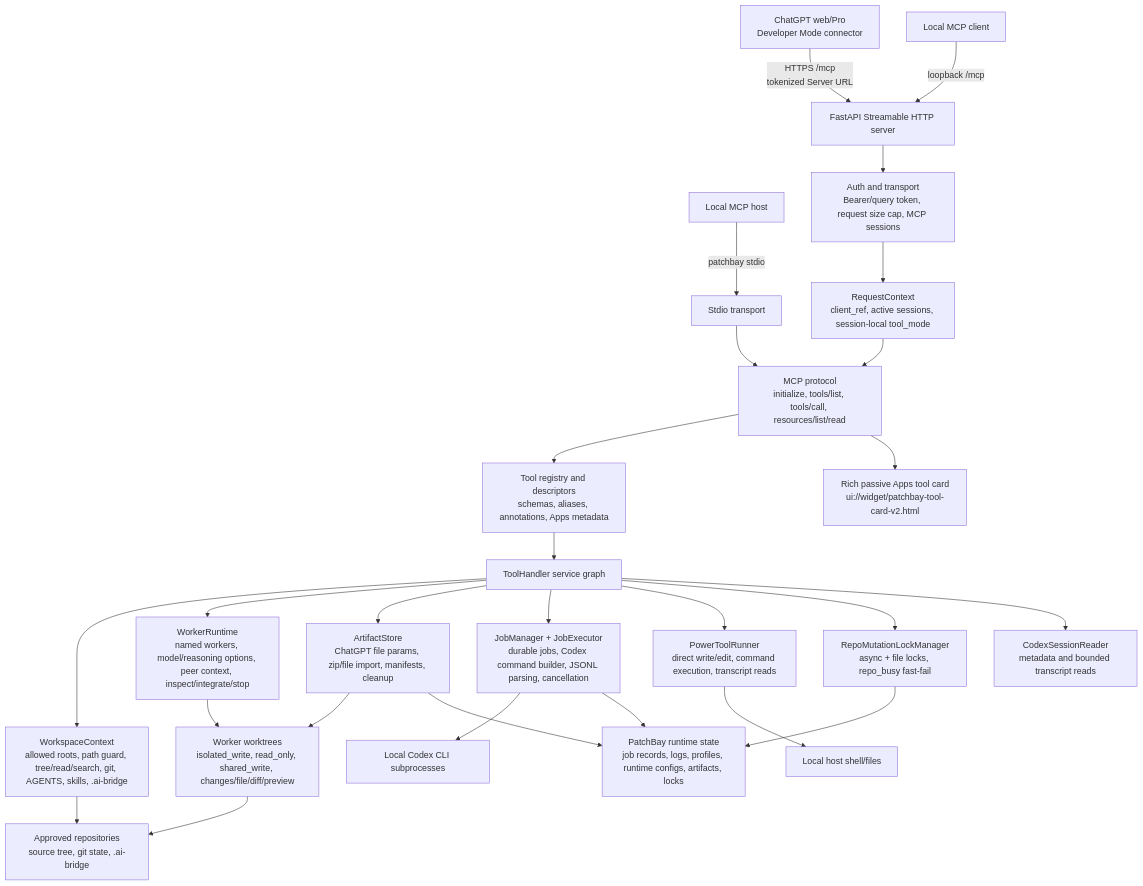
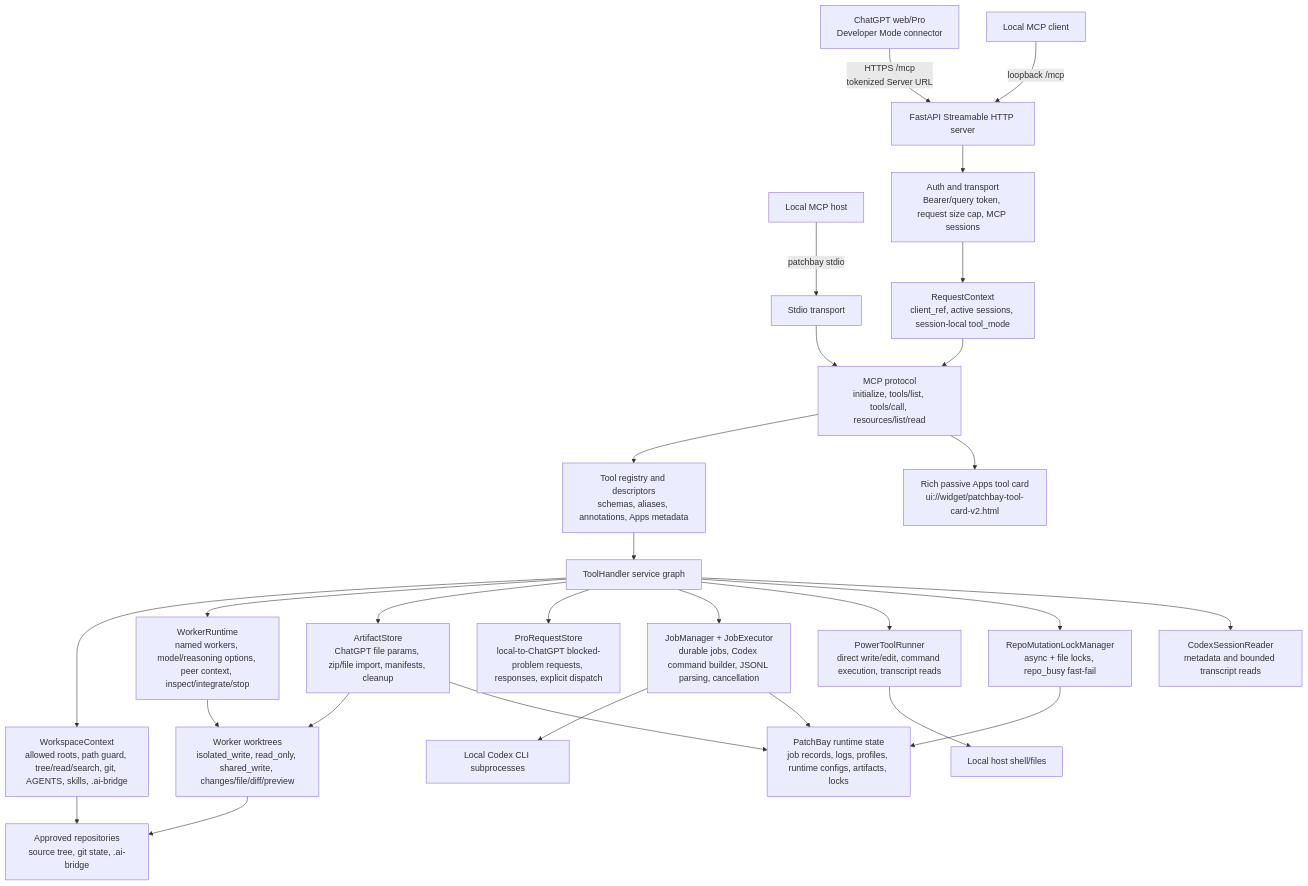
Before and after one commit to velhud/PatchBay: the diagram in docs/architecture/overview.md, drawn with Mermaid. The commit also changed other lines of this file and 44 other files, not shown here.

Commit message:
Stabilize worker orchestration and pro requests

````diff
--- a/docs/architecture/overview.md
+++ b/docs/architecture/overview.md
@@ -39,33 +40,34 @@
 ```mermaid
 flowchart TD
     ChatGPT["ChatGPT web/Pro<br/>Developer Mode connector"] -->|"HTTPS /mcp<br/>tokenized Server URL"| Server["FastAPI Streamable HTTP server"]
     LocalClient["Local MCP client"] -->|"loopback /mcp"| Server
     StdioClient["Local MCP host"] -->|"patchbay stdio"| Stdio["Stdio transport"]
     Stdio --> Protocol
 
     Server --> Auth["Auth and transport<br/>Bearer/query token, request size cap, MCP sessions"]
     Auth --> Context["RequestContext<br/>client_ref, active sessions, session-local tool_mode"]
     Context --> Protocol["MCP protocol<br/>initialize, tools/list, tools/call, resources/list/read"]
     Protocol --> Registry["Tool registry and descriptors<br/>schemas, aliases, annotations, Apps metadata"]
     Protocol --> Card["Rich passive Apps tool card<br/>ui://widget/patchbay-tool-card-v2.html"]
 
     Registry --> Handler["ToolHandler service graph"]
     Handler --> Workspace["WorkspaceContext<br/>allowed roots, path guard, tree/read/search, git, AGENTS, skills, .ai-bridge"]
     Handler --> Workers["WorkerRuntime<br/>named workers, model/reasoning options, peer context, inspect/integrate/stop"]
     Handler --> Inbox["ArtifactStore<br/>ChatGPT file params, zip/file import, manifests, cleanup"]
+    Handler --> ProRequests["ProRequestStore<br/>local-to-ChatGPT blocked-problem requests, responses, explicit dispatch"]
     Handler --> Jobs["JobManager + JobExecutor<br/>durable jobs, Codex command builder, JSONL parsing, cancellation"]
     Handler --> Power["PowerToolRunner<br/>direct write/edit, command execution, transcript reads"]
     Handler --> Locks["RepoMutationLockManager<br/>async + file locks, repo_busy fast-fail"]
     Handler --> Sessions["CodexSessionReader<br/>metadata and bounded transcript reads"]
 
     Workers --> WorkerTrees["Worker worktrees<br/>isolated_write, read_only, shared_write, changes/file/diff/preview"]
     Inbox --> WorkerTrees
     Jobs --> Codex["Local Codex CLI subprocesses"]
     Power --> Host["Local host shell/files"]
     Workspace --> Repo["Approved repositories<br/>source tree, git state, .ai-bridge"]
     WorkerTrees --> Repo
 
     Jobs --> Runtime["PatchBay runtime state<br/>job records, logs, profiles, runtime configs, artifacts, locks"]
     Inbox --> Runtime
     Locks --> Runtime
 ```
````
